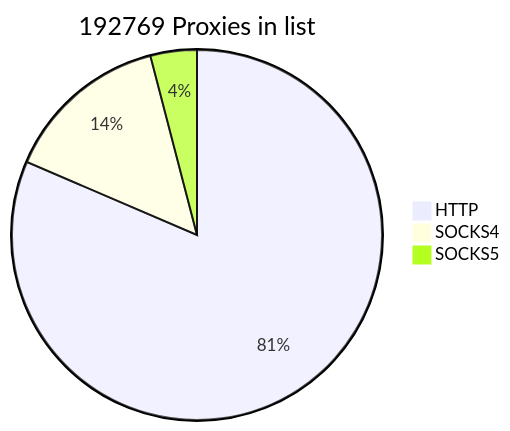
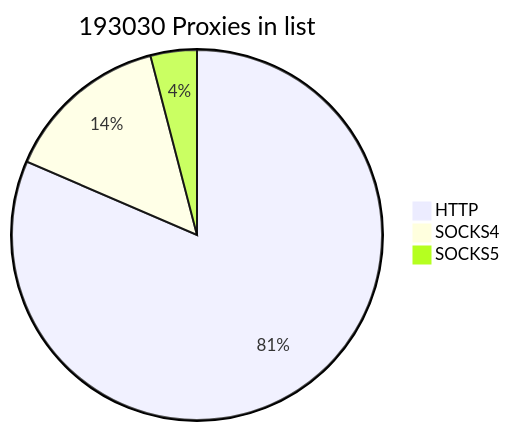
The first of 2 diagrams in README.md (cutipu/proxylist), drawn with Mermaid before and after one commit. The commit also changed other lines of this file, not shown here.

````diff
--- a/README.md
+++ b/README.md
@@ -2,7 +2,7 @@
 ```mermaid
-pie title 192769 Proxies in list
-    "HTTP" : 157017
-    "SOCKS4" : 27943
-    "SOCKS5" : 7809
+pie title 193030 Proxies in list
+    "HTTP" : 157275
+    "SOCKS4" : 27948
+    "SOCKS5" : 7807
             
 ```
````
